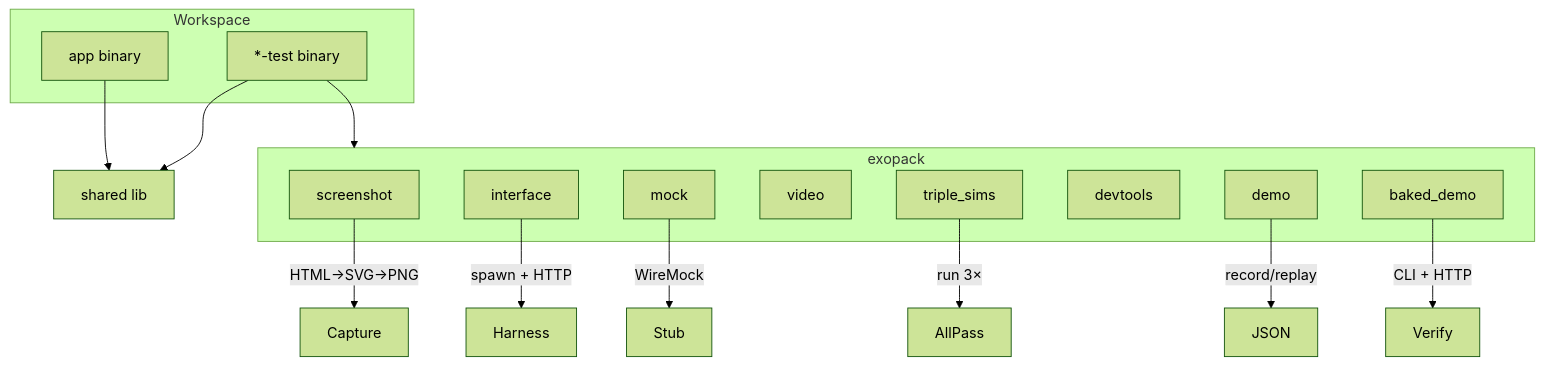
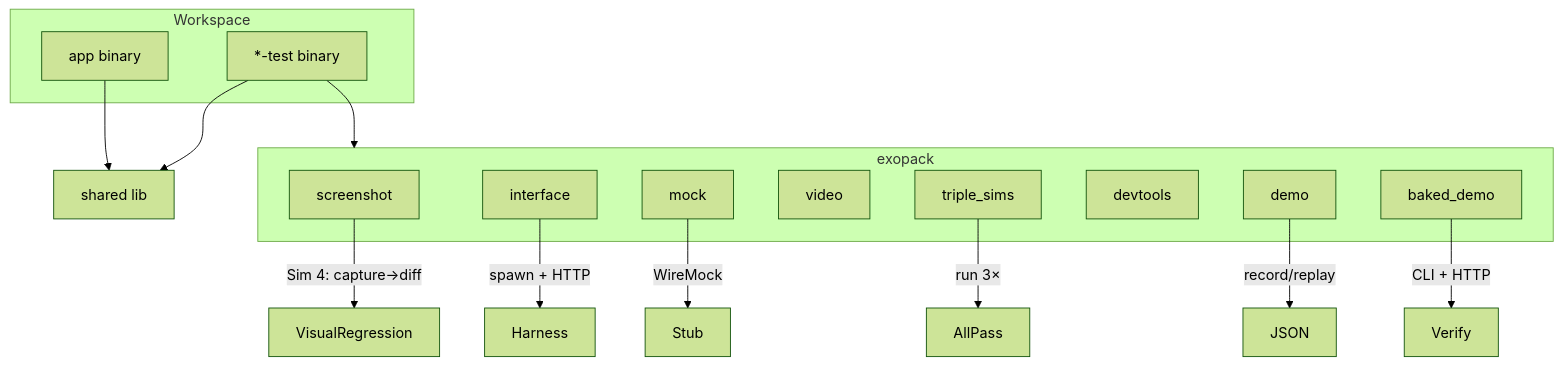
Before and after one commit to cochranblock/exopack: the diagram in README.md, drawn with Mermaid (forest theme). The commit also changed other lines of this file and 2 other files, not shown here.

Commit message:
feat: Sim 4 visual regression orchestrator — capture, baseline, diff, report
f73_visual_regression: full Sim 4 flow for test binaries:
  1. Capture current screenshots from running server
  2. Auto-create baselines on first run (pass immediately)
  3. Compare against baselines with configurable tolerance/threshold
  4. Generate red-highlight diff PNGs for failures
  5. Return VisualReport with per-page pass/fail, diff percentages
  6. print_summary() for terminal output

f76_update_baselines: accept current captures as new baselines
when UI intentionally changes.

Directory layout:
  ~/.cache/screenshots/{os}/{project}/current/   — latest captures
  ~/.cache/screenshots/{os}/{project}/baselines/ — accepted state
  ~/.cache/screenshots/{os}/{project}/diffs/     — failure diffs

4 new tests (17 total): tolerance behavior, dimension resize,
baseline_dir structure, update_baselines file copy.

````diff
--- a/README.md
+++ b/README.md
@@ -21,29 +21,29 @@
 ```mermaid
 flowchart TB
     subgraph Workspace
         App[app binary]
         Test["*-test binary"]
     end
 
     subgraph exopack
         Screenshot[screenshot]
         Interface[interface]
         Mock[mock]
         Video[video]
         Triple[triple_sims]
         Devtools[devtools]
         Demo[demo]
         BakedDemo[baked_demo]
     end
 
     App --> Core[shared lib]
     Test --> Core
     Test --> exopack
 
-    Screenshot --> |HTML→SVG→PNG| Capture
+    Screenshot --> |Sim 4: capture→diff| VisualRegression
     Interface --> |spawn + HTTP| Harness
     Mock --> |WireMock| Stub
     Triple --> |run 3×| AllPass
     Demo --> |record/replay| JSON
     BakedDemo --> |CLI + HTTP| Verify
 ```
````
